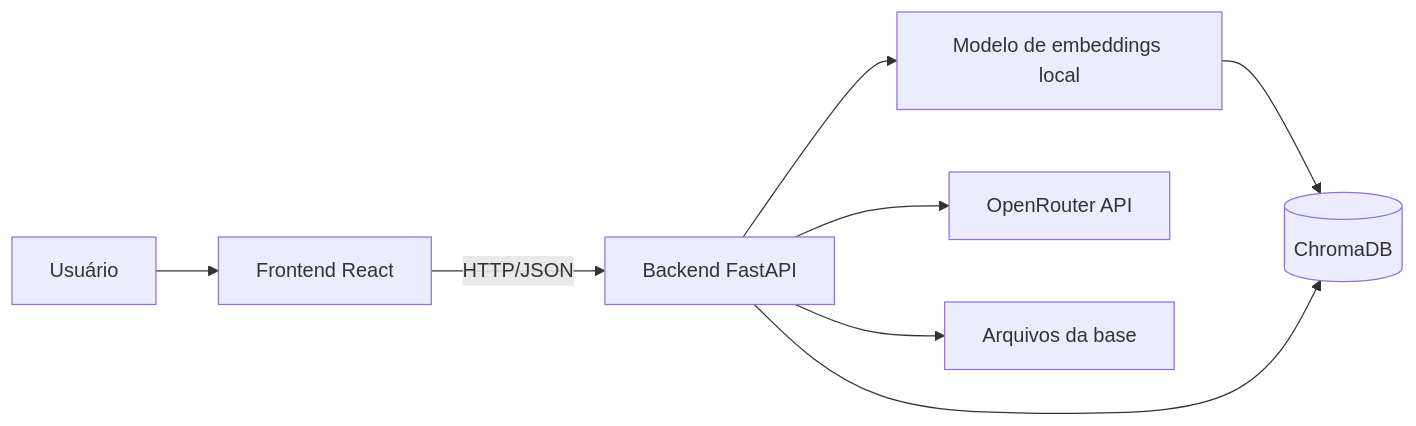
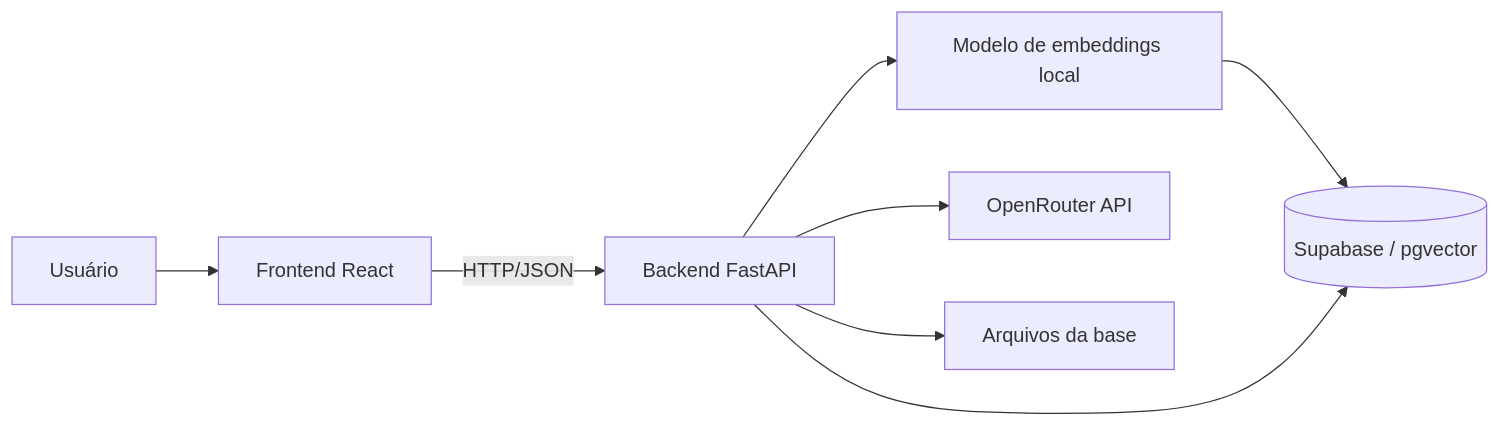
One commit to GrupodeTrabalhoPOSIA/AURORA_TECH_CHAT changed the diagram in ESPECIFICACAO.md. Above: the diagram before and after it, drawn with Mermaid. The commit also changed other lines of this file and 27 other files, not shown here.

````diff
--- a/ESPECIFICACAO.md
+++ b/ESPECIFICACAO.md
@@ -97,10 +97,10 @@
 ```mermaid
 flowchart LR
     U[Usuário] --> F[Frontend React]
     F -->|HTTP/JSON| B[Backend FastAPI]
     B --> E[Modelo de embeddings local]
-    E --> V[(ChromaDB)]
+    E --> V[(Supabase / pgvector)]
     B --> V
     B --> O[OpenRouter API]
     B --> D[Arquivos da base]
 ```
````
